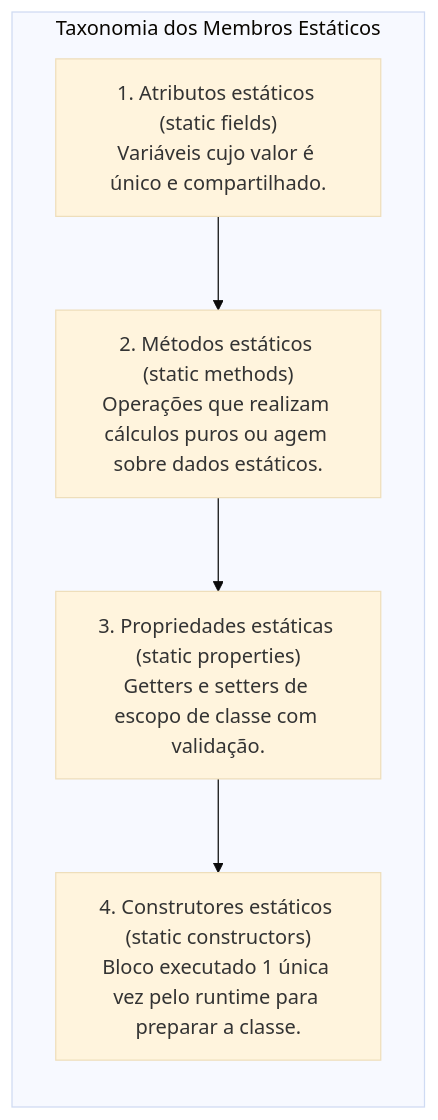
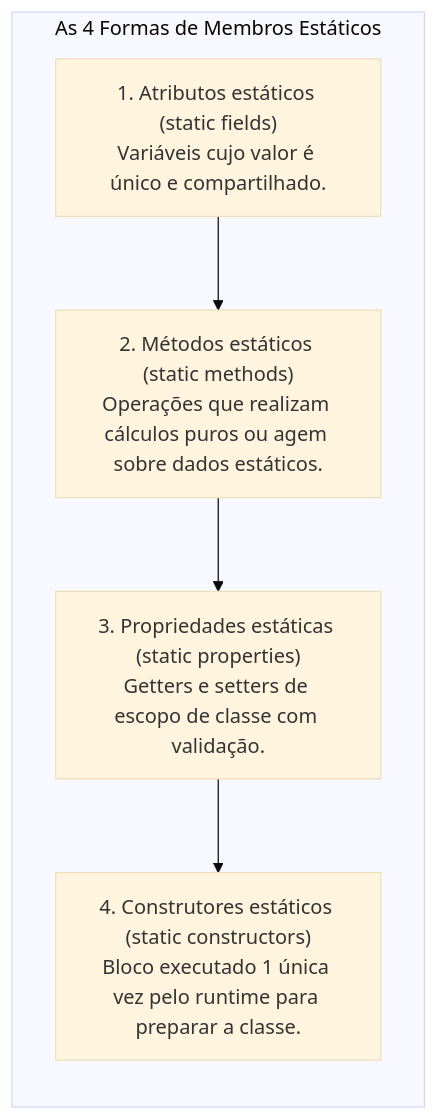
Before and after one commit to leorruas/puc: the second of 5 diagrams in 01. Programacao Modular/09. Atributos estáticos e propriedades (compartilhamento de estado e encapsulamento).md, drawn with Mermaid (base theme). The commit also changed other lines of this file, not shown here.

````diff
--- a/01. Programacao Modular/09. Atributos estáticos e propriedades (compartilhamento de estado e encapsulamento).md
+++ b/01. Programacao Modular/09. Atributos estáticos e propriedades (compartilhamento de estado e encapsulamento).md
@@ -66,14 +68,14 @@
 ```mermaid
 flowchart TD
-    subgraph MembrosEstaticos ["Taxonomia dos Membros Estáticos"]
+    subgraph MembrosEstaticos ["As 4 Formas de Membros Estáticos"]
         direction TB
         M1["1. Atributos estáticos (static fields)<br>Variáveis cujo valor é único e compartilhado."]
         M2["2. Métodos estáticos (static methods)<br>Operações que realizam cálculos puros ou agem sobre dados estáticos."]
         M3["3. Propriedades estáticas (static properties)<br>Getters e setters de escopo de classe com validação."]
         M4["4. Construtores estáticos (static constructors)<br>Bloco executado 1 única vez pelo runtime para preparar a classe."]
 
         M1 --> M2
         M2 --> M3
         M3 --> M4
     end
 ```
````
